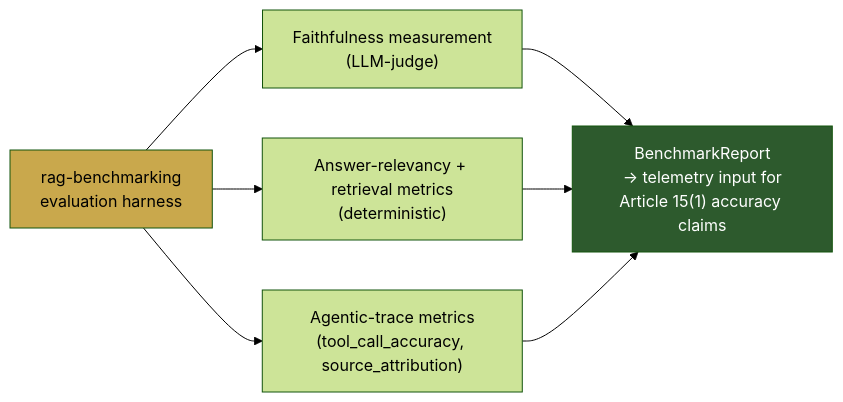
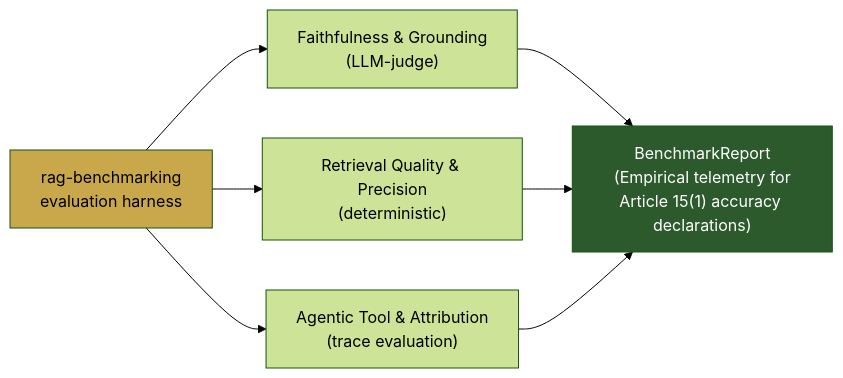
One commit to aiexponent/rag-benchmarking changed the second of 3 diagrams in README.md. Above: the diagram before and after it, drawn with Mermaid (forest theme). The commit also changed other lines of this file and 1 other file, not shown here.

Commit message:
docs: overhaul README with Article 15 mapping, 5-tool reciprocal footer, flat-square badges & add Dependabot (PRD-186) (#28)

````diff
--- a/README.md
+++ b/README.md
@@ -234,15 +203,15 @@
 ```mermaid
 graph LR
     RAG["rag-benchmarking\nevaluation harness"]
-    FAITH2["Faithfulness measurement\n(LLM-judge)"]
-    ANS["Answer-relevancy + retrieval metrics\n(deterministic)"]
-    AGENT2["Agentic-trace metrics\n(tool_call_accuracy, source_attribution)"]
-    REPORT2["BenchmarkReport\n→ telemetry input for\nArticle 15(1) accuracy claims"]
+    FAITH["Faithfulness & Grounding\n(LLM-judge)"]
+    RET["Retrieval Quality & Precision\n(deterministic)"]
+    AGENT["Agentic Tool & Attribution\n(trace evaluation)"]
+    REPORT["BenchmarkReport\n(Empirical telemetry for\nArticle 15(1) accuracy declarations)"]
 
-    RAG --> FAITH2 --> REPORT2
-    RAG --> ANS --> REPORT2
-    RAG --> AGENT2 --> REPORT2
+    RAG --> FAITH --> REPORT
+    RAG --> RET --> REPORT
+    RAG --> AGENT --> REPORT
 
     style RAG fill:#c9a84c,color:#000
-    style REPORT2 fill:#2d5a2d,color:#fff
+    style REPORT fill:#2d5a2d,color:#fff
 ```
````
